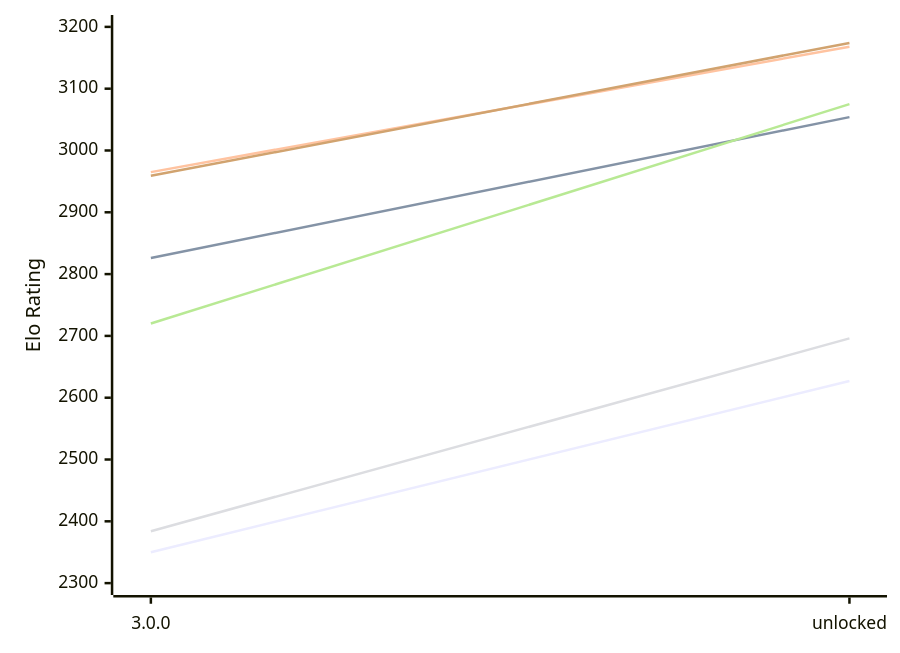
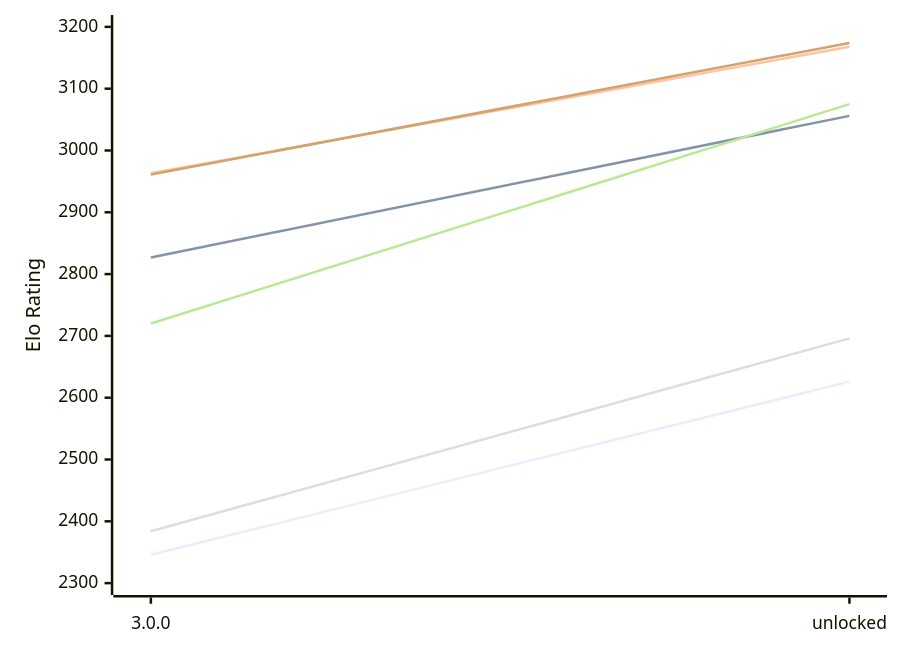
One commit to computer-chess-index/cci changed the first of 2 diagrams in engines/Potential.md. Above: the diagram before and after it, drawn with Mermaid. The commit also changed other lines of this file, not shown here.

Commit message:
Update CCI Ratings (ELO VLTC) - 2026-11-27

````diff
--- a/engines/Potential.md
+++ b/engines/Potential.md
@@ -51,12 +51,12 @@
 ```mermaid
 %%{init: {"theme":"base","themeVariables":{"seriesColors:['#a3a3a3','#222221','#faa371']}}}%%
 xychart-beta
   x-axis ["3.0.0", "unlocked"]
   y-axis "Elo Rating" 2300 --> 3200
-  line "E1: STC (8.0+0.08s)" [2350, 2627]
-  line "E1: LTC (60.0+0.60s)" [2826, 3054]
-  line "E1: VLTC (2m24s+1.12s)" [2965, 3168]
+  line "E1: STC (8.0+0.08s)" [2346, 2626]
+  line "E1: LTC (60.0+0.60s)" [2827, 3056]
+  line "E1: VLTC (2m24s+1.12s)" [2963, 3168]
   line "P1: STC (8.0+0.08s)" [2384, 2696]
   line "P1: LTC (60.0+0.60s)" [2720, 3075]
-  line "P1: VLTC (2m24s+1.12s)" [2959, 3174]
+  line "P1: VLTC (2m24s+1.12s)" [2961, 3174]
 ```
````
